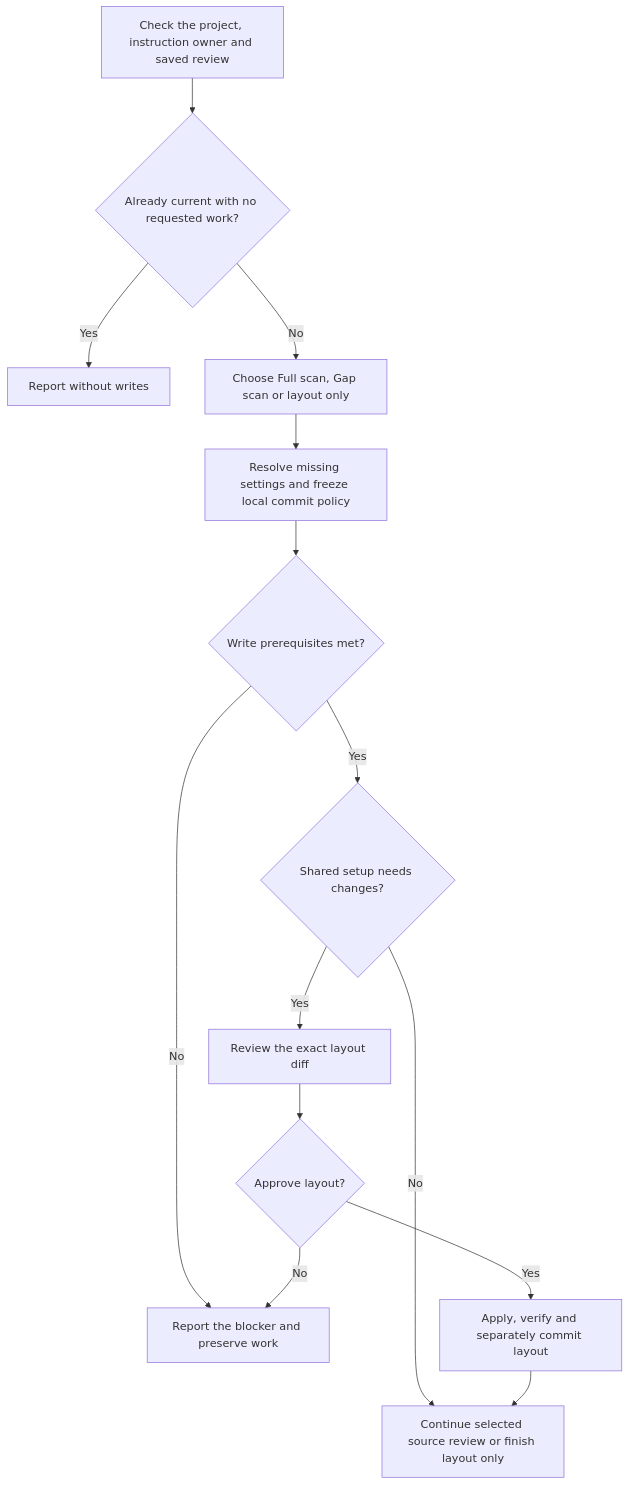
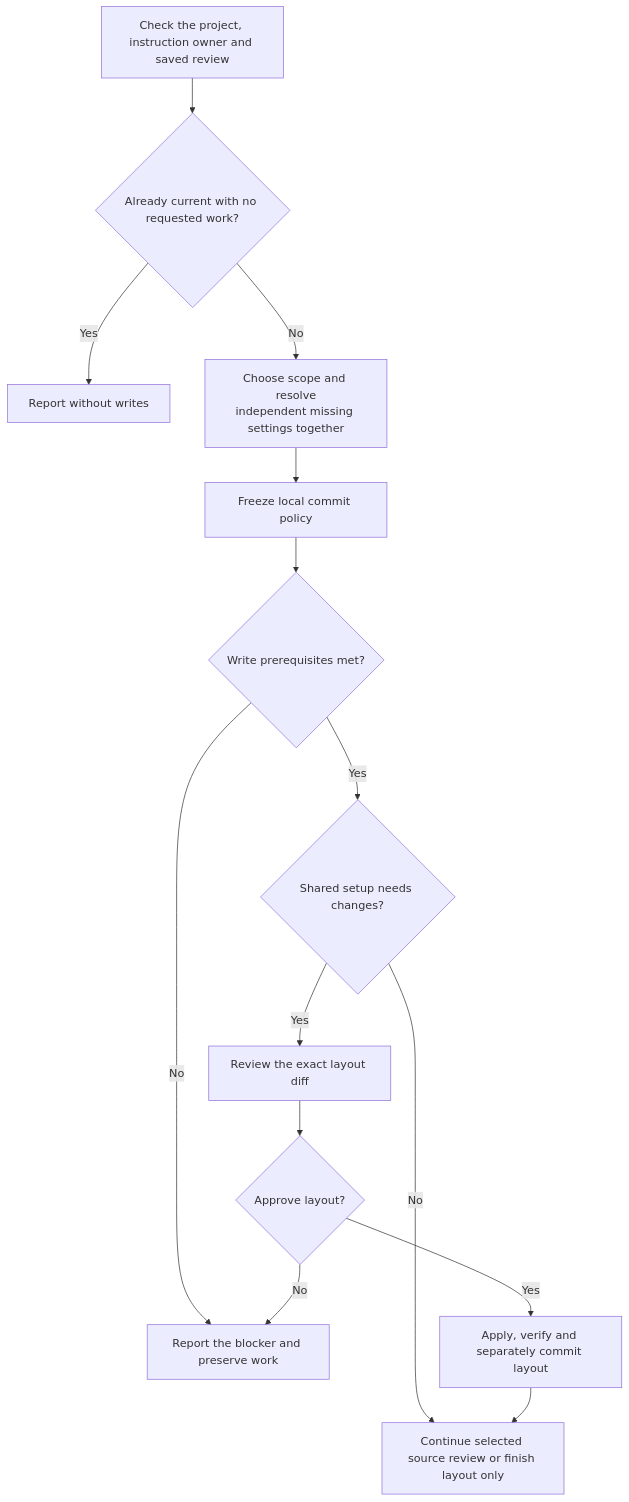
The first of 2 diagrams in docs/commands/log/detailed.md (myowinthein/agent-helm), drawn with Mermaid before and after one commit. The commit also changed other lines of this file and 37 other files, not shown here.

````diff
--- a/docs/commands/log/detailed.md
+++ b/docs/commands/log/detailed.md
@@ -22,16 +22,16 @@
 ```mermaid
 flowchart TD
   Inspect["Check the project, instruction owner and saved review"] --> Current{"Already current with no requested work?"}
   Current -->|Yes| Noop["Report without writes"]
-  Current -->|No| Scope["Choose Full scan, Gap scan or layout only"]
-  Scope --> Policy["Resolve missing settings and freeze local commit policy"]
+  Current -->|No| Scope["Choose scope and resolve<br/>independent missing settings together"]
+  Scope --> Policy["Freeze local commit policy"]
   Policy --> Eligible{"Write prerequisites met?"}
   Eligible -->|No| Block["Report the blocker and preserve work"]
   Eligible -->|Yes| Layout{"Shared setup needs changes?"}
   Layout -->|Yes| Review["Review the exact layout diff"]
   Review --> Choice{"Approve layout?"}
   Choice -->|Yes| Save["Apply, verify and separately commit layout"]
   Choice -->|No| Block
   Layout -->|No| Next["Continue selected source review or finish layout only"]
   Save --> Next
 ```
````
